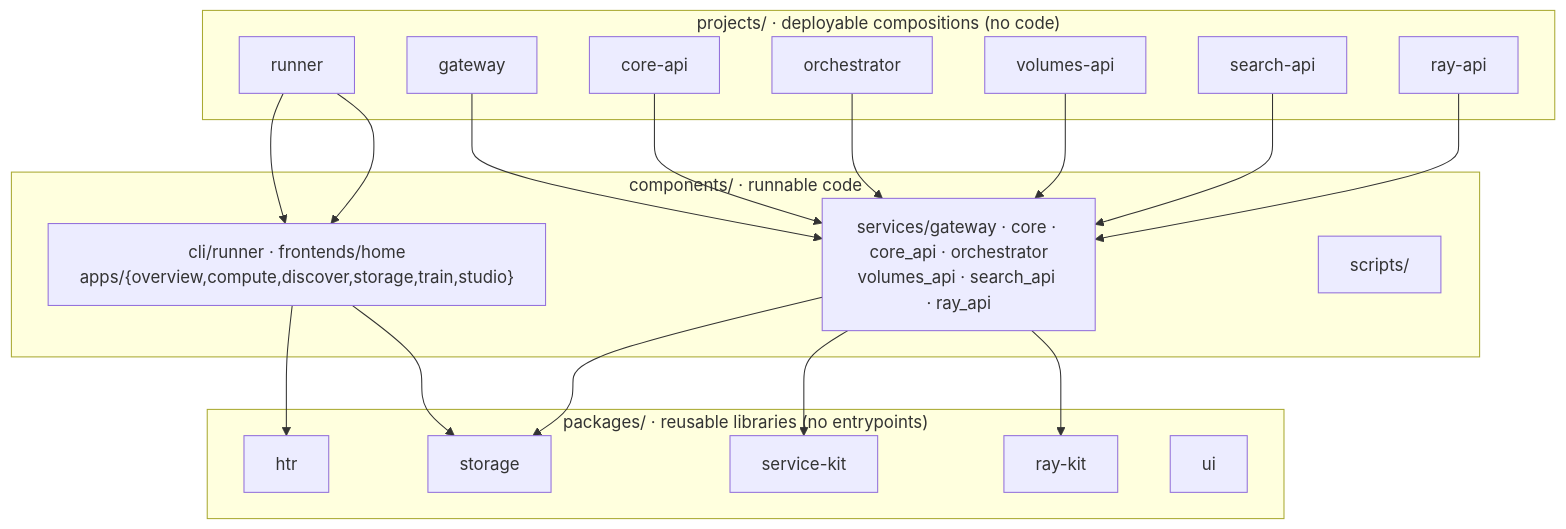
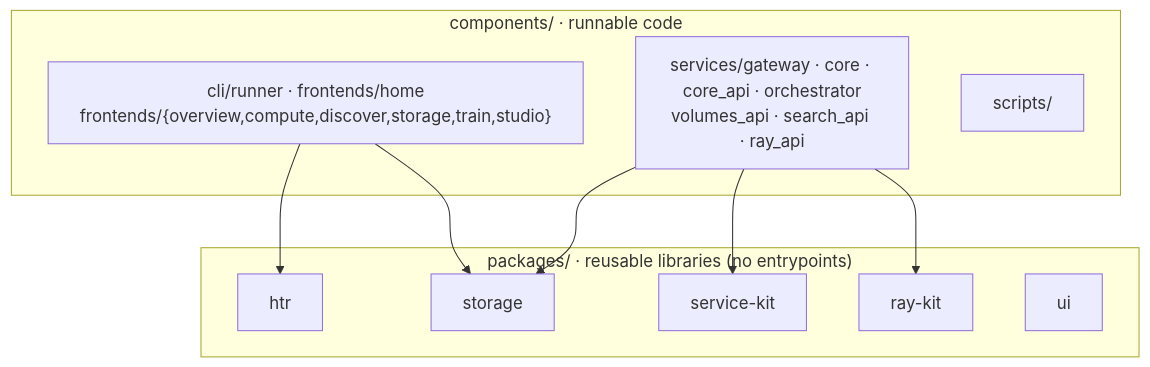
One commit to AI-Riksarkivet/rask changed the diagram in docs/architecture/layout.md. Above: the diagram before and after it, drawn with Mermaid. The commit also changed other lines of this file and 41 other files, not shown here.

````diff
--- a/docs/architecture/layout.md
+++ b/docs/architecture/layout.md
@@ -6,32 +10,20 @@
 ```mermaid
 flowchart TD
-    subgraph projects["projects/ · deployable compositions (no code)"]
-        pr["runner"]
-        pgw["gateway"]
-        pca["core-api"]
-        po["orchestrator"]
-        pv["volumes-api"]
-        ps["search-api"]
-        pra["ray-api"]
-    end
     subgraph components["components/ · runnable code"]
-        ca["cli/runner · frontends/home<br/>apps/{overview,compute,discover,storage,train,studio}"]
+        ca["cli/runner · frontends/home<br/>frontends/{overview,compute,discover,storage,train,studio}"]
         cs["services/gateway · core · core_api · orchestrator<br/>volumes_api · search_api · ray_api"]
         cx["scripts/"]
     end
     subgraph packages["packages/ · reusable libraries (no entrypoints)"]
         ph["htr"]
         pst["storage"]
         psk["service-kit"]
         prk["ray-kit"]
         pc["ui"]
     end
-    pr --> ca --> ph
-    pr --> ca --> pst
-    pgw --> cs --> psk
-    pca --> cs
-    po --> cs --> prk
-    pv --> cs --> pst
-    ps --> cs
-    pra --> cs
+    ca --> ph
+    ca --> pst
+    cs --> psk
+    cs --> prk
+    cs --> pst
 ```
````
